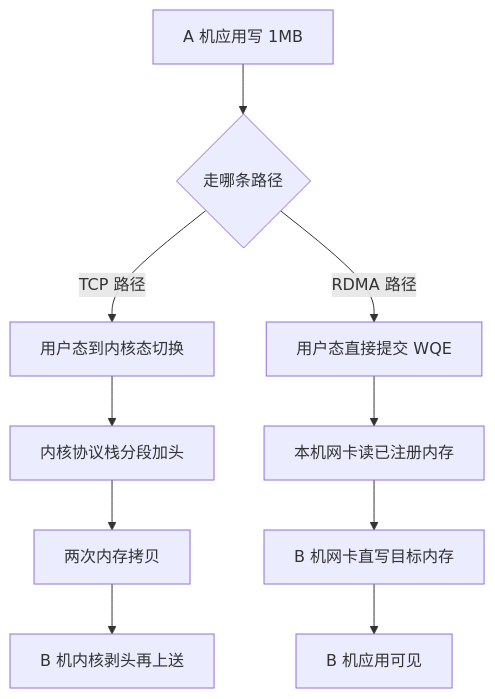
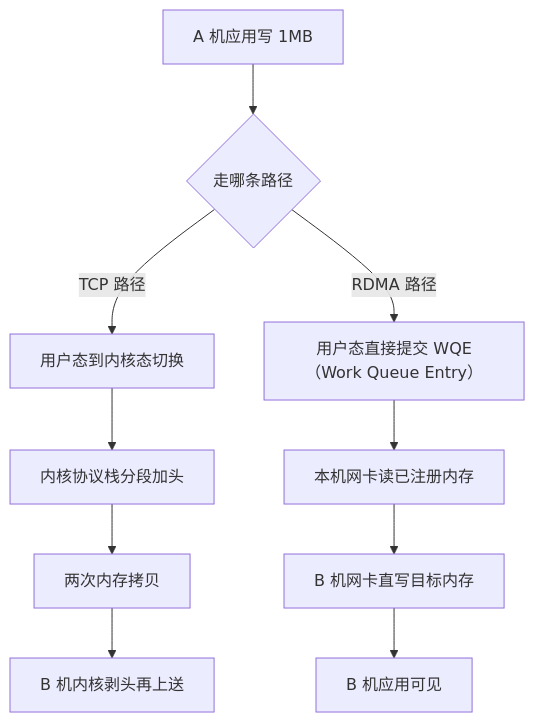
The diagram in vault/工程知识/性能工程：从用户等待到资源瓶颈/存储与网络/RDMA绕过内核但要付出可运维性代价.md (hub138/technical-knowledge), drawn with Mermaid before and after one commit. The commit also changed other lines of this file and 622 other files, not shown here.

````diff
--- a/vault/工程知识/性能工程：从用户等待到资源瓶颈/存储与网络/RDMA绕过内核但要付出可运维性代价.md
+++ b/vault/工程知识/性能工程：从用户等待到资源瓶颈/存储与网络/RDMA绕过内核但要付出可运维性代价.md
@@ -40,12 +54,12 @@
 ```mermaid
 graph TD
     A["A 机应用写 1MB"] --> P{"走哪条路径"}
     P -->|"TCP 路径"| T1["用户态到内核态切换"]
     T1 --> T2["内核协议栈分段加头"]
     T2 --> T3["两次内存拷贝"]
     T3 --> T4["B 机内核剥头再上送"]
-    P -->|"RDMA 路径"| R1["用户态直接提交 WQE"]
+    P -->|"RDMA 路径"| R1["用户态直接提交 WQE（Work Queue Entry）"]
     R1 --> R2["本机网卡读已注册内存"]
     R2 --> R3["B 机网卡直写目标内存"]
     R3 --> R4["B 机应用可见"]
 ```
````
